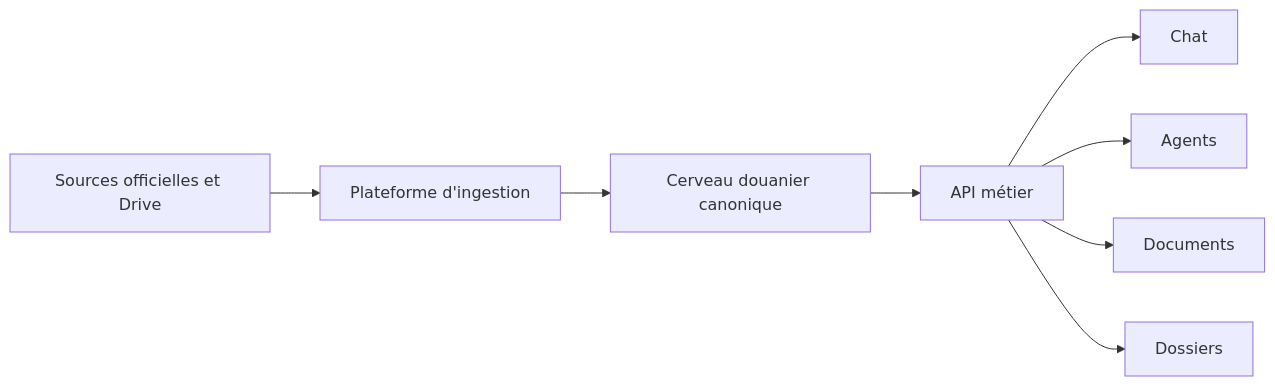
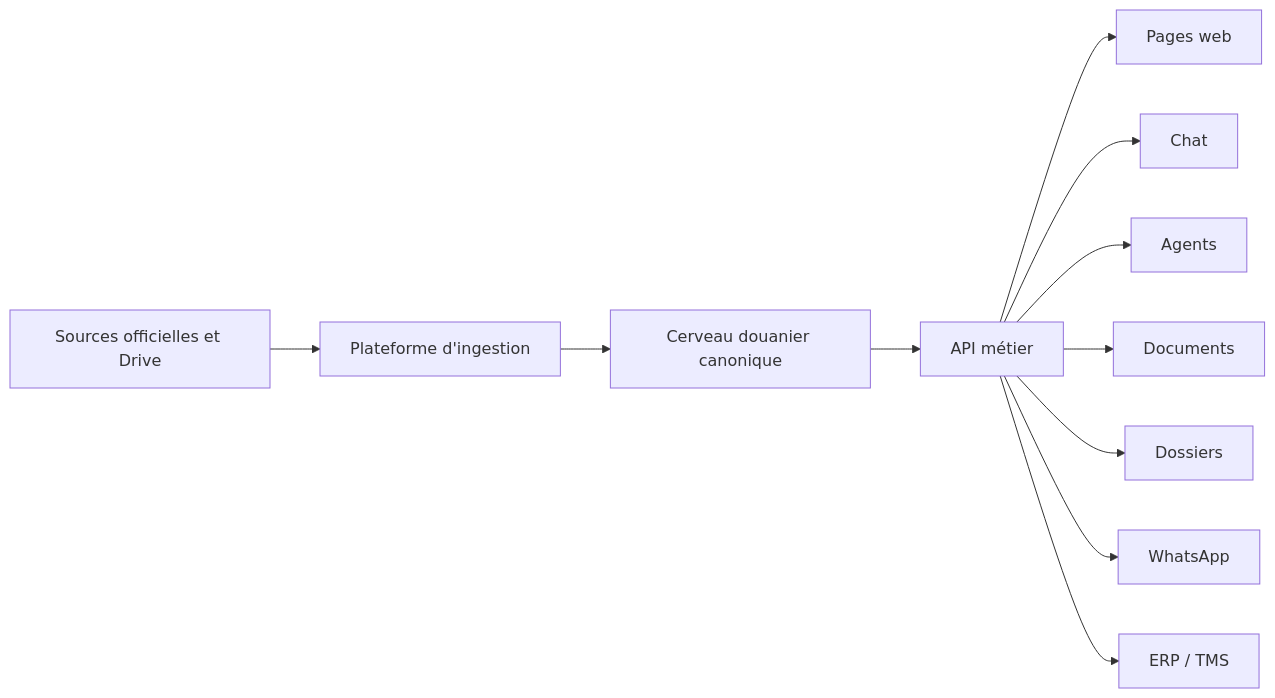
One commit to madjid90/customs-companion-ai changed the diagram in docs/architecture/README.md. Above: the diagram before and after it, drawn with Mermaid. The commit also changed other lines of this file and 11 other files, not shown here.

Commit message:
Document brain-first channel architecture

````diff
--- a/docs/architecture/README.md
+++ b/docs/architecture/README.md
@@ -35,10 +41,13 @@
 ```mermaid
 flowchart LR
   S[Sources officielles et Drive] --> I[Plateforme d'ingestion]
   I --> B[Cerveau douanier canonique]
   B --> A[API métier]
+  A --> W[Pages web]
   A --> C[Chat]
   A --> G[Agents]
   A --> D[Documents]
   A --> O[Dossiers]
+  A --> WA[WhatsApp]
+  A --> ERP[ERP / TMS]
 ```
````
